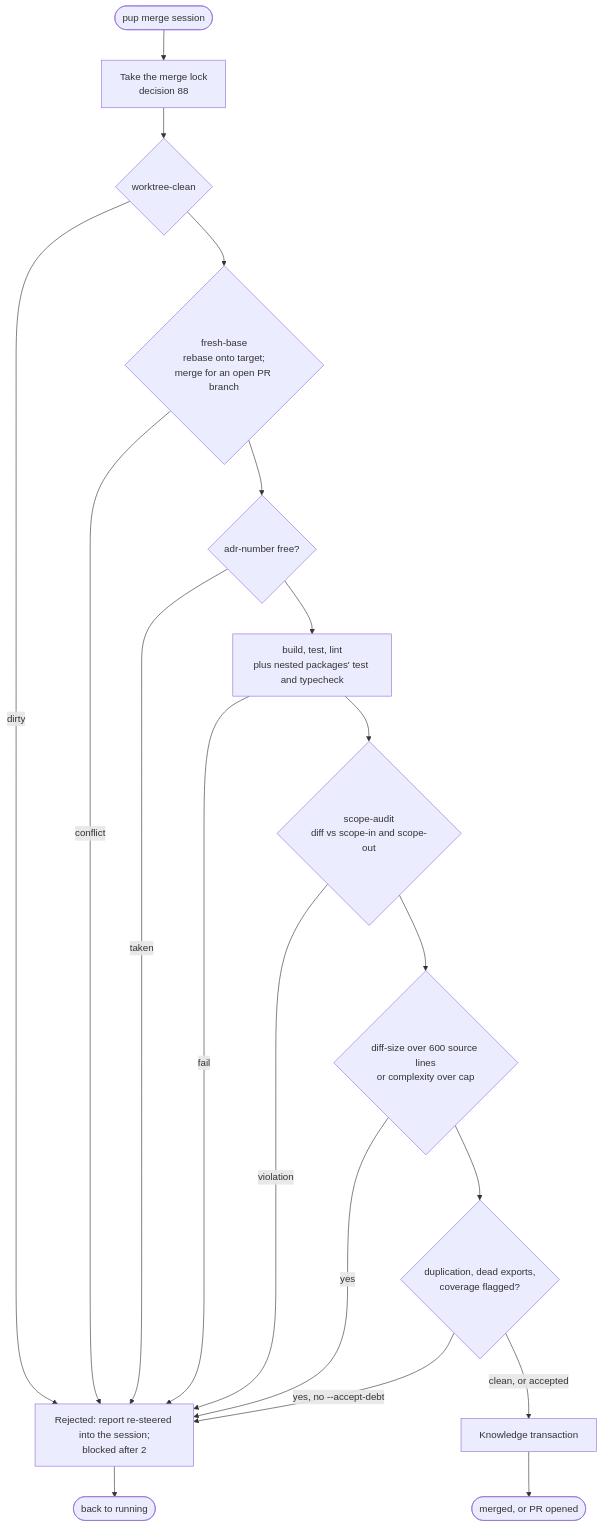
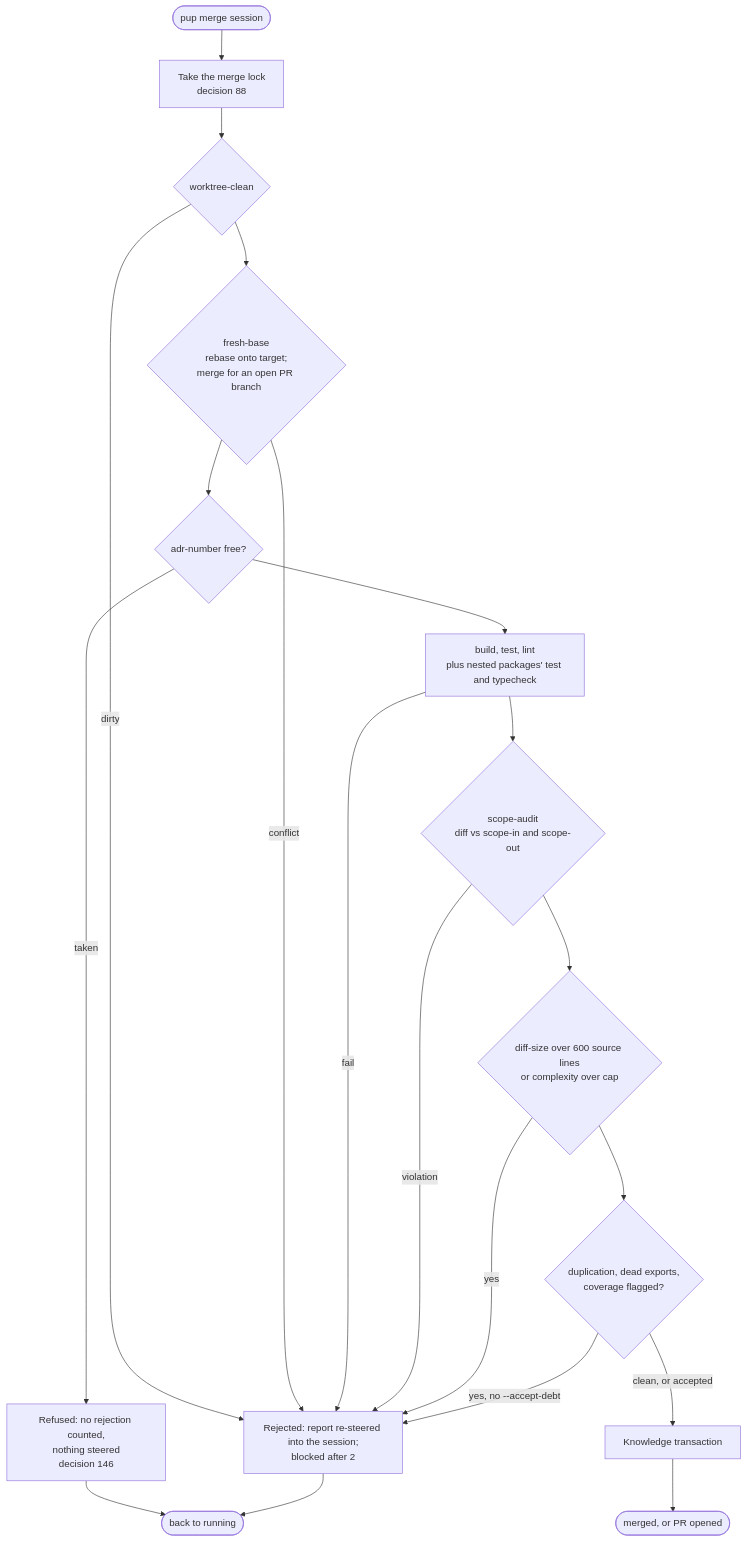
One commit to AlexisBalayre/pupitre changed the first of 2 diagrams in docs/guide/gate-and-debt.md. Above: the diagram before and after it, drawn with Mermaid. The commit also changed 3 other files, not shown here.

Commit message:
docs(guide): a taken ADR number is a refusal, launch and kill are not operator-only, and the staged review applies once it is on

````diff
--- a/docs/guide/gate-and-debt.md
+++ b/docs/guide/gate-and-debt.md
@@ -9,21 +9,22 @@
 ```mermaid
 flowchart TD
   start([pup merge session]) --> lock[Take the merge lock<br/>decision 88]
   lock --> clean{worktree-clean}
   clean -->|dirty| rej
   clean --> base{fresh-base<br/>rebase onto target;<br/>merge for an open PR branch}
   base -->|conflict| rej
   base --> adr{adr-number free?}
-  adr -->|taken| rej
+  adr -->|taken| refuse[Refused: no rejection counted,<br/>nothing steered<br/>decision 146]
   adr --> hard[build, test, lint<br/>plus nested packages' test and typecheck]
   hard -->|fail| rej
   hard --> scope{scope-audit<br/>diff vs scope-in and scope-out}
   scope -->|violation| rej
   scope --> caps{diff-size over 600 source lines<br/>or complexity over cap}
   caps -->|yes| rej
   caps --> soft{duplication, dead exports,<br/>coverage flagged?}
   soft -->|yes, no --accept-debt| rej
   soft -->|clean, or accepted| kt[Knowledge transaction]
   kt --> out([merged, or PR opened])
+  refuse --> endr
   rej[Rejected: report re-steered into the session;<br/>blocked after 2] --> endr([back to running])
 ```
````
